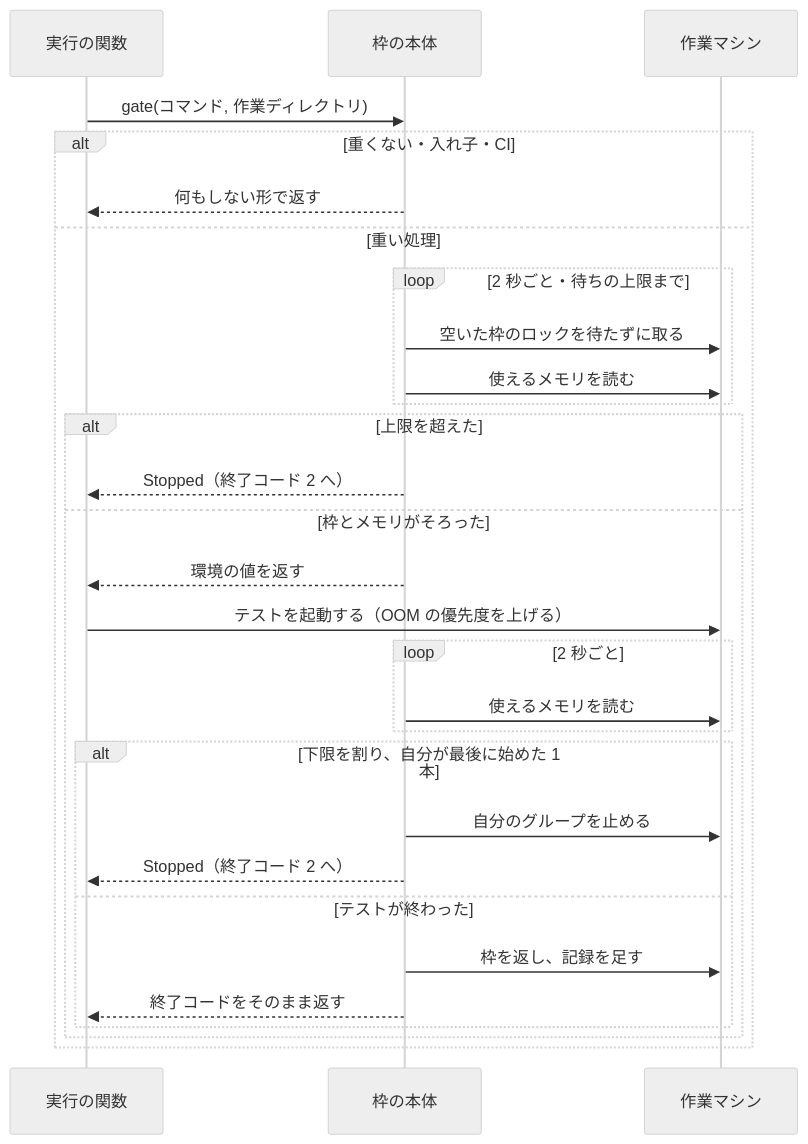
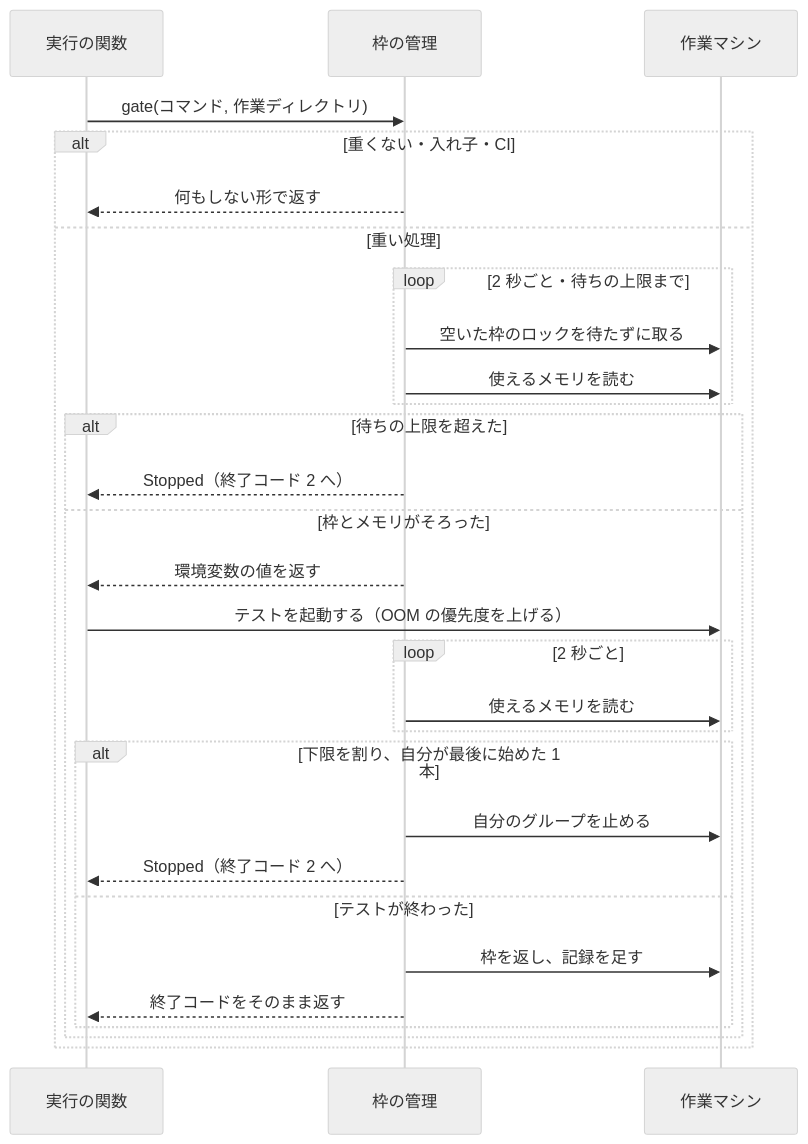
One commit to devbasex/ai-plugins changed the fourth of 5 diagrams in issues/issue-2711-design.md. Above: the diagram before and after it, drawn with Mermaid (neutral theme). The commit also changed other lines of this file and 2 other files, not shown here.

````diff
--- a/issues/issue-2711-design.md
+++ b/issues/issue-2711-design.md
@@ -398,31 +262,31 @@
 ```mermaid
 sequenceDiagram
     participant 実行 as 実行の関数
-    participant 枠 as 枠の本体
+    participant 枠 as 枠の管理
     participant 機 as 作業マシン
     実行->>枠: gate(コマンド, 作業ディレクトリ)
     alt 重くない・入れ子・CI
         枠-->>実行: 何もしない形で返す
     else 重い処理
         loop 2 秒ごと・待ちの上限まで
             枠->>機: 空いた枠のロックを待たずに取る
             枠->>機: 使えるメモリを読む
         end
-        alt 上限を超えた
+        alt 待ちの上限を超えた
             枠-->>実行: Stopped（終了コード 2 へ）
         else 枠とメモリがそろった
-            枠-->>実行: 環境の値を返す
+            枠-->>実行: 環境変数の値を返す
             実行->>機: テストを起動する（OOM の優先度を上げる）
             loop 2 秒ごと
                 枠->>機: 使えるメモリを読む
             end
             alt 下限を割り、自分が最後に始めた 1 本
                 枠->>機: 自分のグループを止める
                 枠-->>実行: Stopped（終了コード 2 へ）
             else テストが終わった
                 枠->>機: 枠を返し、記録を足す
                 枠-->>実行: 終了コードをそのまま返す
             end
         end
     end
 ```
````
